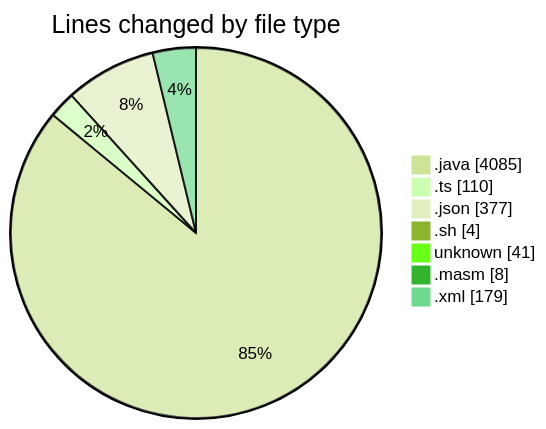
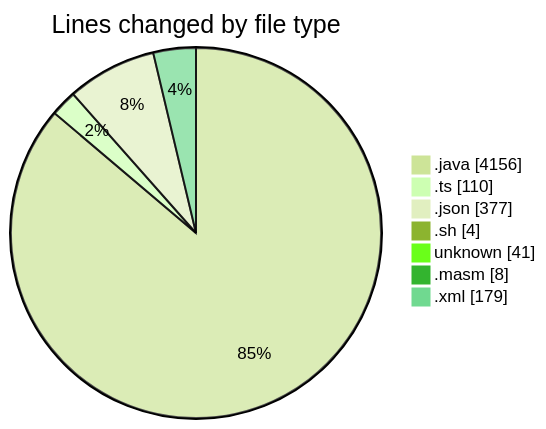
Before and after one commit to charlie-sans/code-tracking: the first of 2 diagrams in 2025-02-20/micros/README.md, drawn with Mermaid (forest theme). The commit also changed other lines of this file and 1 other file, not shown here.

````diff
--- a/2025-02-20/micros/README.md
+++ b/2025-02-20/micros/README.md
@@ -39,11 +40,11 @@
 ```mermaid
 pie showData
 title Lines changed by file type
-".java" : 4085
+".java" : 4156
 ".ts" : 110
 ".json" : 377
 ".sh" : 4
 "unknown" : 41
 ".masm" : 8
 ".xml" : 179
 ```
````
